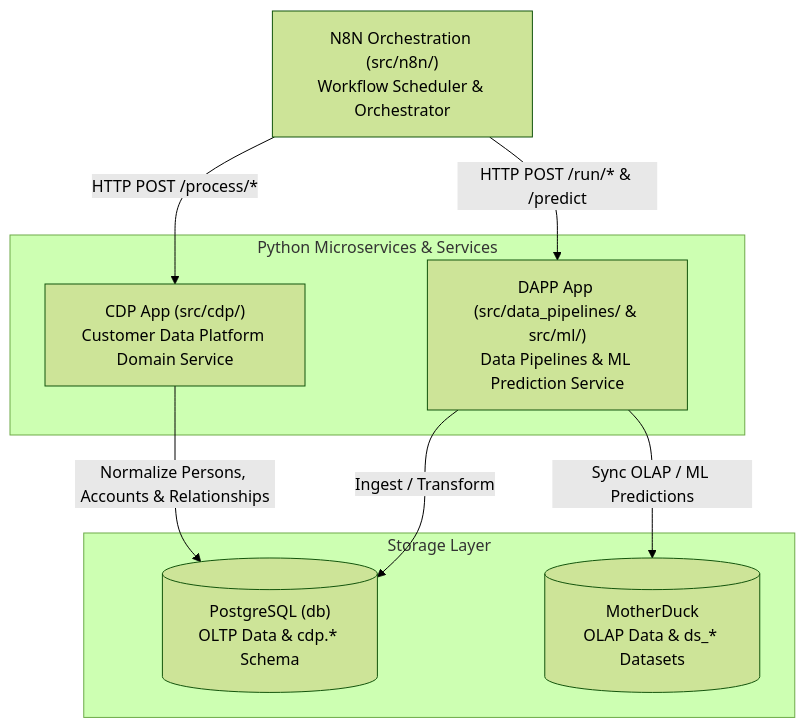
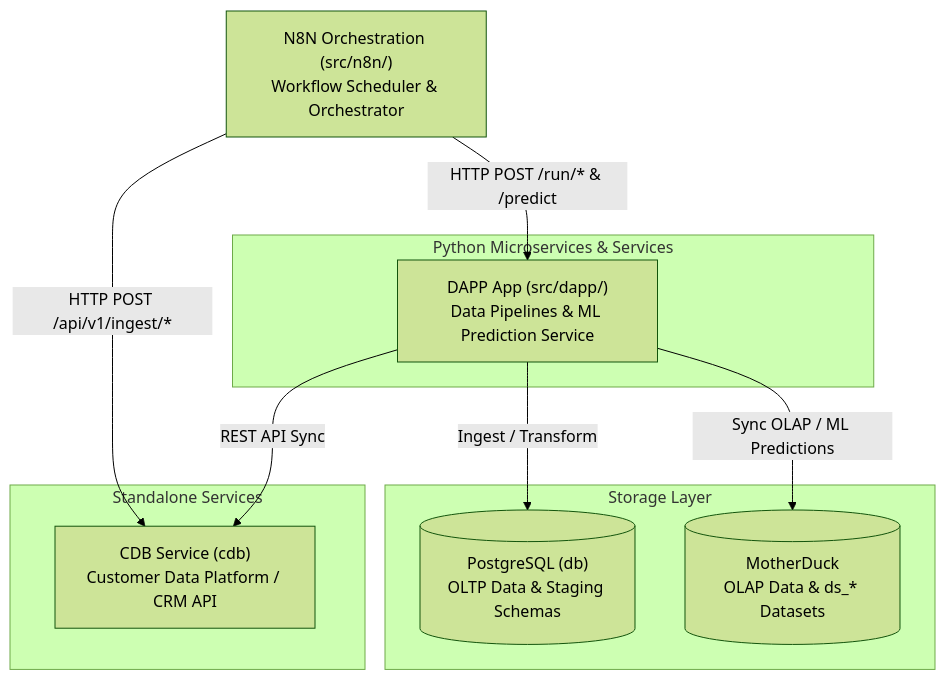
The diagram in README.md (Data-Biz-AI-Consultancy/Jager), drawn with Mermaid (forest theme) before and after one commit. The commit also changed other lines of this file and 28 other files, not shown here.

Commit message:
refactor: remove legacy CDP service and consolidate logic into standalone CDB service architecture (#331)

````diff
--- a/README.md
+++ b/README.md
@@ -56,21 +56,24 @@
 ```mermaid
 flowchart TD
     N8N["N8N Orchestration (src/n8n/)<br/>Workflow Scheduler & Orchestrator"]
     
+    subgraph DecoupledServices["Standalone Services"]
+        CDB["CDB Service (cdb)<br/>Customer Data Platform / CRM API"]
+    end
+
     subgraph DataServices["Python Microservices & Services"]
-        CDP["CDP App (src/cdp/)<br/>Customer Data Platform Domain Service"]
-        DAPP["DAPP App (src/data_pipelines/ & src/ml/)<br/>Data Pipelines & ML Prediction Service"]
+        DAPP["DAPP App (src/dapp/)<br/>Data Pipelines & ML Prediction Service"]
     end
     
     subgraph Storage["Storage Layer"]
-        PG[("PostgreSQL (db)<br/>OLTP Data & cdp.* Schema")]
+        PG[("PostgreSQL (db)<br/>OLTP Data & Staging Schemas")]
         MD[("MotherDuck<br/>OLAP Data & ds_* Datasets")]
     end
     
-    N8N -->|"HTTP POST /process/*"| CDP
+    N8N -->|"HTTP POST /api/v1/ingest/*"| CDB
     N8N -->|"HTTP POST /run/* & /predict"| DAPP
     
-    CDP -->|"Normalize Persons, Accounts & Relationships"| PG
+    DAPP -->|"REST API Sync"| CDB
     DAPP -->|"Ingest / Transform"| PG
     DAPP -->|"Sync OLAP / ML Predictions"| MD
 ```
````
